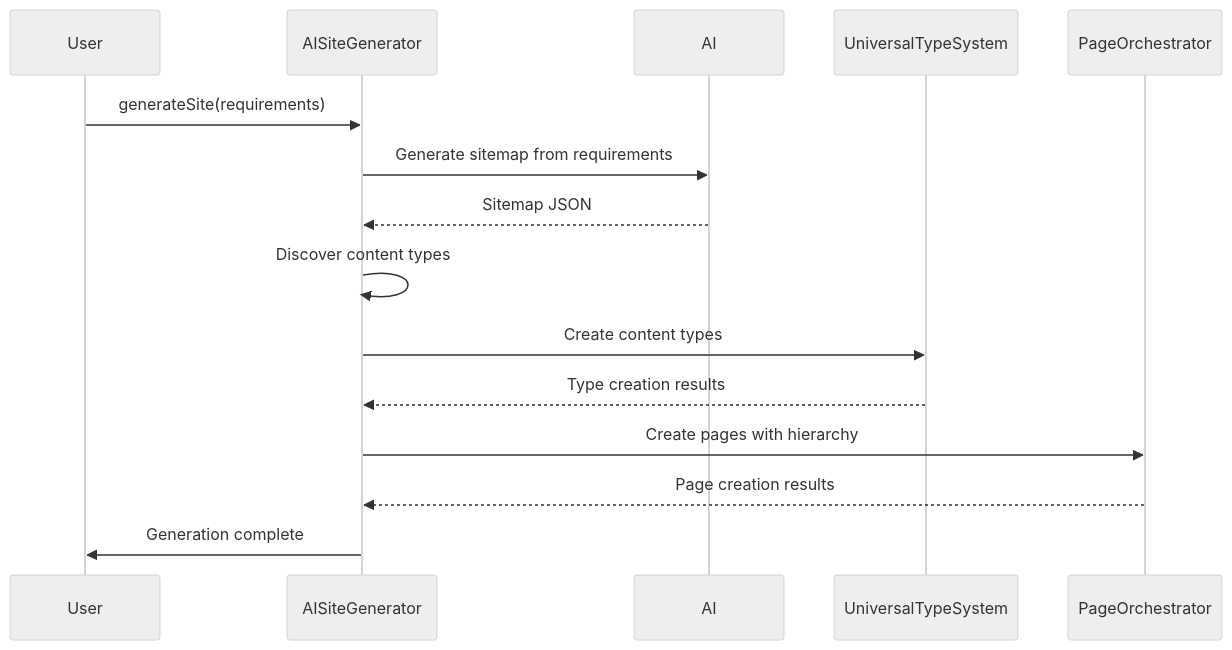
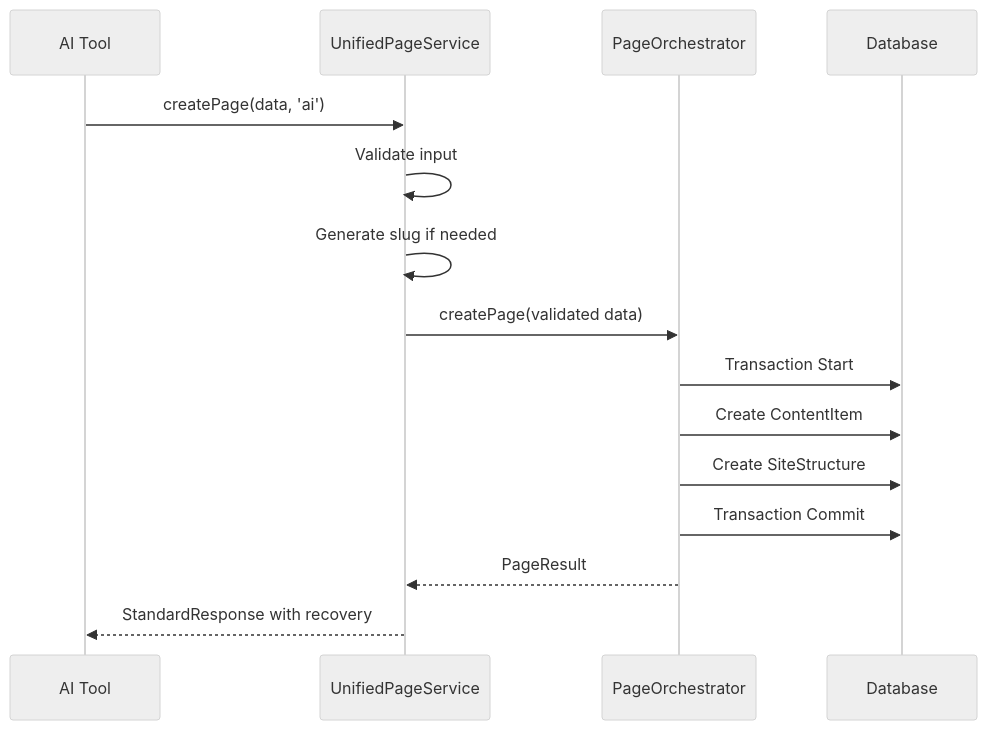
The diagram in docs/stories/8.5.ai-site-generator-service.story.md (zanganeh/catalyst-studio), drawn with Mermaid (neutral theme) before and after one commit. The commit also changed other lines of this file and 10 other files, not shown here.

First line of the commit message:
fix: handle null siteStructure for components in AI tools

````diff
--- a/docs/stories/8.5.ai-site-generator-service.story.md
+++ b/docs/stories/8.5.ai-site-generator-service.story.md
@@ -173,12 +166,18 @@
 ```mermaid
 sequenceDiagram
-    User->>AISiteGenerator: generateSite(requirements)
-    AISiteGenerator->>AI: Generate sitemap from requirements
-    AI-->>AISiteGenerator: Sitemap JSON
-    AISiteGenerator->>AISiteGenerator: Discover content types
-    AISiteGenerator->>UniversalTypeSystem: Create content types
-    UniversalTypeSystem-->>AISiteGenerator: Type creation results
-    AISiteGenerator->>PageOrchestrator: Create pages with hierarchy
-    PageOrchestrator-->>AISiteGenerator: Page creation results
-    AISiteGenerator->>User: Generation complete
+    participant AI as AI Tool
+    participant UPS as UnifiedPageService
+    participant PO as PageOrchestrator
+    participant DB as Database
+    
+    AI->>UPS: createPage(data, 'ai')
+    UPS->>UPS: Validate input
+    UPS->>UPS: Generate slug if needed
+    UPS->>PO: createPage(validated data)
+    PO->>DB: Transaction Start
+    PO->>DB: Create ContentItem
+    PO->>DB: Create SiteStructure
+    PO->>DB: Transaction Commit
+    PO-->>UPS: PageResult
+    UPS-->>AI: StandardResponse with recovery
 ```
````
